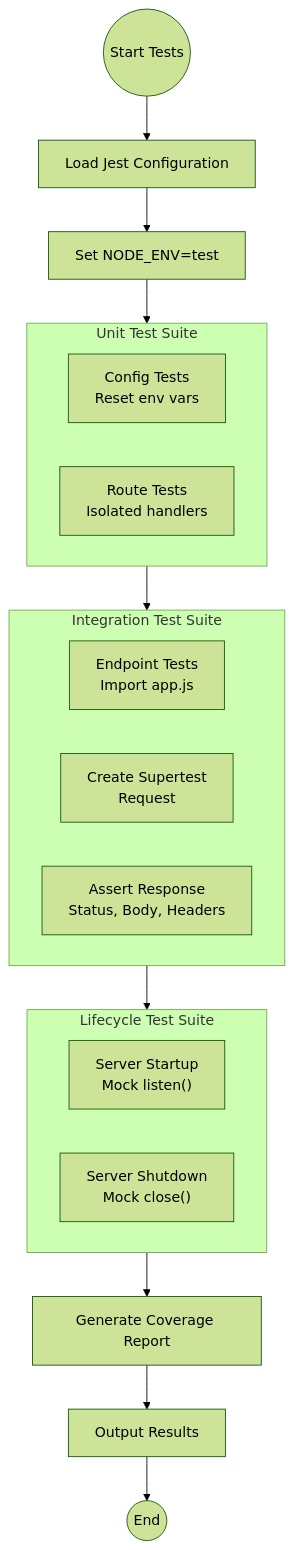
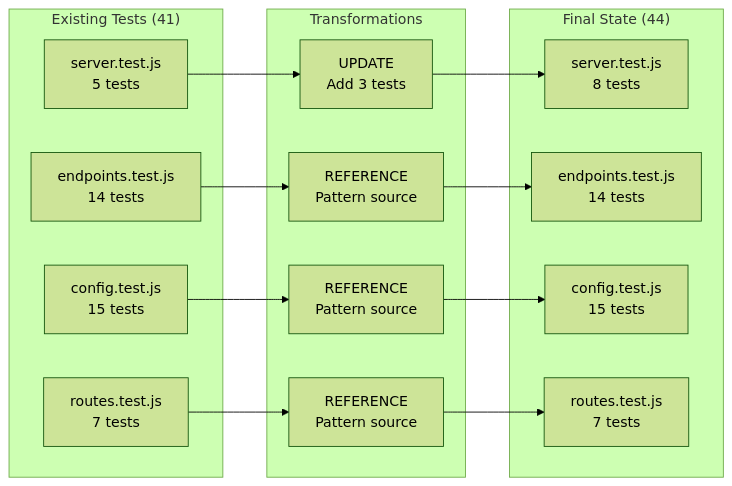
One commit to sudhanshu-spec/test-spec changed the third of 5 diagrams in blitzy/documentation/Technical Specifications.md. Above: the diagram before and after it, drawn with Mermaid (forest theme). The commit also changed other lines of this file, not shown here.

````diff
--- a/blitzy/documentation/Technical Specifications.md
+++ b/blitzy/documentation/Technical Specifications.md
@@ -443,29 +716,33 @@
 ```mermaid
-flowchart TD
-    Start((Start Tests)) --> LoadJest["Load Jest Configuration"]
-    LoadJest --> SetEnv["Set NODE_ENV=test"]
-    
-    subgraph UnitTests["Unit Test Suite"]
-        ConfigTests["Config Tests<br/>Reset env vars"]
-        RouteTests["Route Tests<br/>Isolated handlers"]
+flowchart LR
+    subgraph Existing["Existing Tests (41)"]
+        Lifecycle["server.test.js<br/>5 tests"]
+        Integration["endpoints.test.js<br/>14 tests"]
+        ConfigUnit["config.test.js<br/>15 tests"]
+        RoutesUnit["routes.test.js<br/>7 tests"]
     end
-    
-    subgraph IntegrationTests["Integration Test Suite"]
-        EndpointTests["Endpoint Tests<br/>Import app.js"]
-        SupertestReq["Create Supertest<br/>Request"]
-        AssertResponse["Assert Response<br/>Status, Body, Headers"]
+
+    subgraph Transformation["Transformations"]
+        UpdateLifecycle["UPDATE<br/>Add 3 tests"]
+        RefIntegration["REFERENCE<br/>Pattern source"]
+        RefConfig["REFERENCE<br/>Pattern source"]
+        RefRoutes["REFERENCE<br/>Pattern source"]
     end
-    
-    subgraph LifecycleTests["Lifecycle Test Suite"]
-        StartupTests["Server Startup<br/>Mock listen()"]
-        ShutdownTests["Server Shutdown<br/>Mock close()"]
+
+    subgraph Final["Final State (44)"]
+        NewLifecycle["server.test.js<br/>8 tests"]
+        FinalIntegration["endpoints.test.js<br/>14 tests"]
+        FinalConfig["config.test.js<br/>15 tests"]
+        FinalRoutes["routes.test.js<br/>7 tests"]
     end
-    
-    SetEnv --> UnitTests
-    UnitTests --> IntegrationTests
-    IntegrationTests --> LifecycleTests
-    
-    LifecycleTests --> Coverage["Generate Coverage Report"]
-    Coverage --> Report["Output Results"]
-    Report --> End((End))
+
+    Lifecycle --> UpdateLifecycle
+    Integration --> RefIntegration
+    ConfigUnit --> RefConfig
+    RoutesUnit --> RefRoutes
+
+    UpdateLifecycle --> NewLifecycle
+    RefIntegration --> FinalIntegration
+    RefConfig --> FinalConfig
+    RefRoutes --> FinalRoutes
 ```
````
